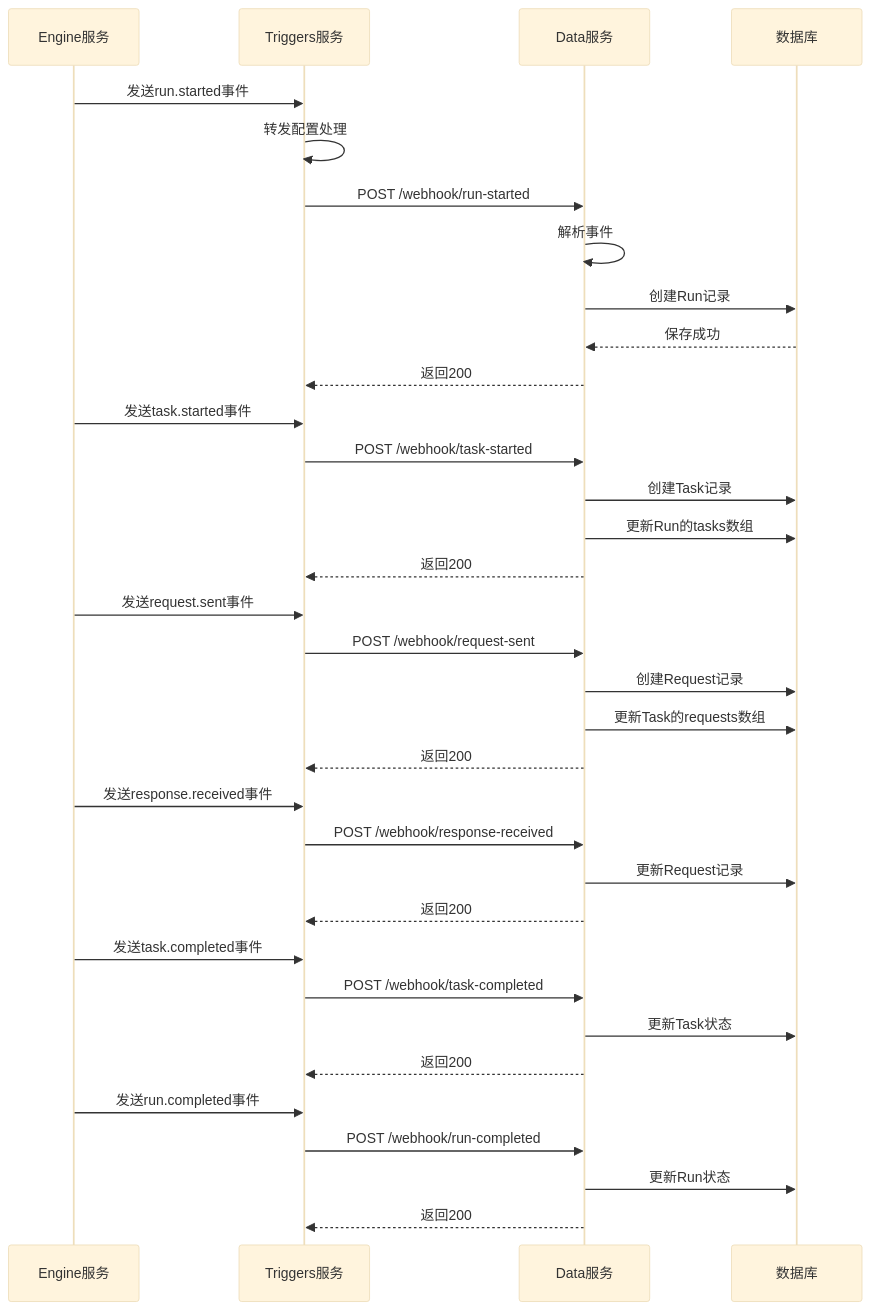
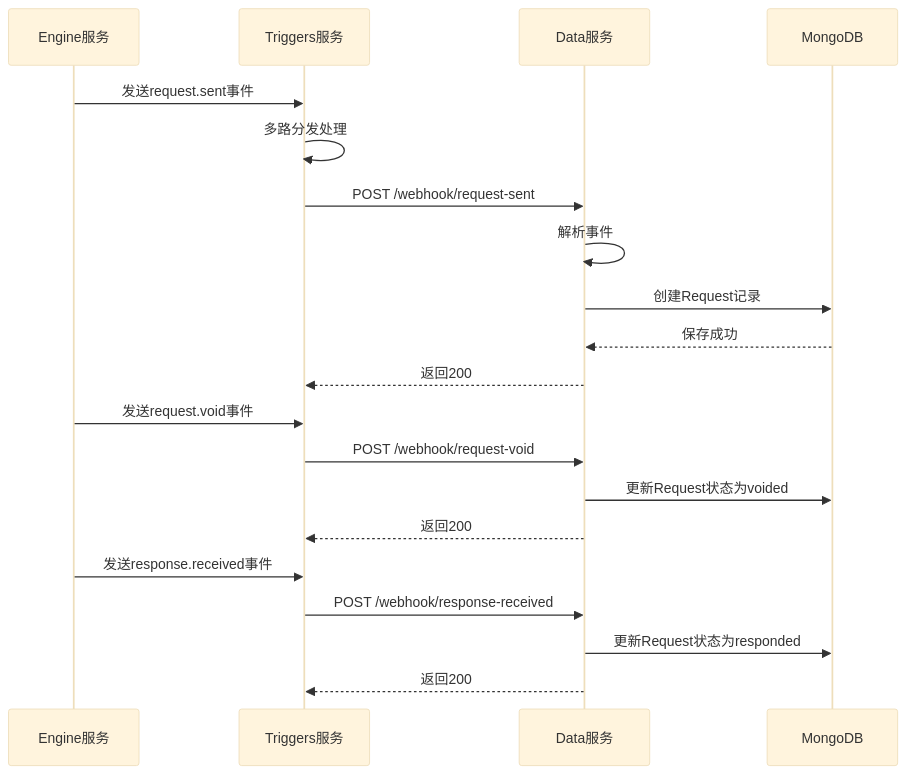
Before and after one commit to lchrennew/es-workflow: the second of 2 diagrams in docs/arch/data-architecture.md, drawn with Mermaid (base theme). The commit also changed other lines of this file and 34 other files, not shown here.

````diff
--- a/docs/arch/data-architecture.md
+++ b/docs/arch/data-architecture.md
@@ -202,42 +220,25 @@
 ```mermaid
 sequenceDiagram
     participant Engine as Engine服务
     participant Triggers as Triggers服务
     participant Data as Data服务
-    participant DB as 数据库
+    participant DB as MongoDB
     
-    Engine->>Triggers: 发送run.started事件
-    Triggers->>Triggers: 转发配置处理
-    Triggers->>Data: POST /webhook/run-started
+    Engine->>Triggers: 发送request.sent事件
+    Triggers->>Triggers: 多路分发处理
+    Triggers->>Data: POST /webhook/request-sent
     Data->>Data: 解析事件
-    Data->>DB: 创建Run记录
+    Data->>DB: 创建Request记录
     DB-->>Data: 保存成功
     Data-->>Triggers: 返回200
     
-    Engine->>Triggers: 发送task.started事件
-    Triggers->>Data: POST /webhook/task-started
-    Data->>DB: 创建Task记录
-    Data->>DB: 更新Run的tasks数组
-    Data-->>Triggers: 返回200
-    
-    Engine->>Triggers: 发送request.sent事件
-    Triggers->>Data: POST /webhook/request-sent
-    Data->>DB: 创建Request记录
-    Data->>DB: 更新Task的requests数组
+    Engine->>Triggers: 发送request.void事件
+    Triggers->>Data: POST /webhook/request-void
+    Data->>DB: 更新Request状态为voided
     Data-->>Triggers: 返回200
     
     Engine->>Triggers: 发送response.received事件
     Triggers->>Data: POST /webhook/response-received
-    Data->>DB: 更新Request记录
-    Data-->>Triggers: 返回200
-    
-    Engine->>Triggers: 发送task.completed事件
-    Triggers->>Data: POST /webhook/task-completed
-    Data->>DB: 更新Task状态
-    Data-->>Triggers: 返回200
-    
-    Engine->>Triggers: 发送run.completed事件
-    Triggers->>Data: POST /webhook/run-completed
-    Data->>DB: 更新Run状态
+    Data->>DB: 更新Request状态为responded
     Data-->>Triggers: 返回200
 ```
````
